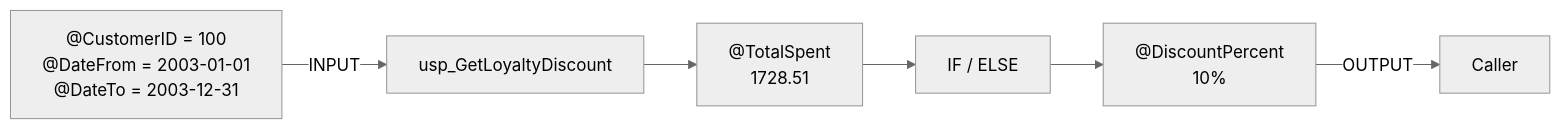
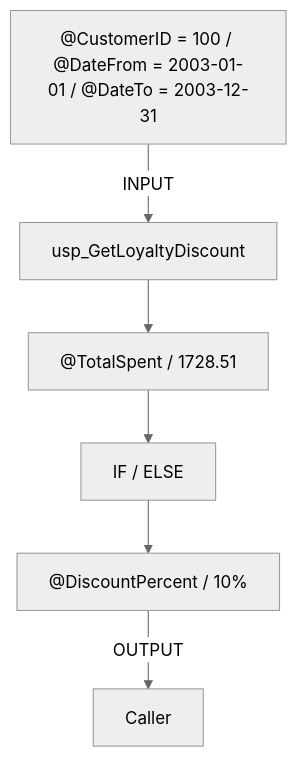
The tenth of 12 diagrams in labs/lab03-stored-procedures.md (tjovic/database-design-labs-public), drawn with Mermaid (neutral theme) before and after one commit. The commit also changed other lines of this file, not shown here.

````diff
--- a/labs/lab03-stored-procedures.md
+++ b/labs/lab03-stored-procedures.md
@@ -1090,8 +1105,8 @@
 ```mermaid
-flowchart LR
-    A["@CustomerID = 100<br/>@DateFrom = 2003-01-01<br/>@DateTo = 2003-12-31"] -->|"INPUT"| B["usp_GetLoyaltyDiscount"]
-    B --> C["@TotalSpent<br/>1728.51"]
+flowchart TD
+    A["@CustomerID = 100 / @DateFrom = 2003-01-01 / @DateTo = 2003-12-31"] -->|"INPUT"| B["usp_GetLoyaltyDiscount"]
+    B --> C["@TotalSpent / 1728.51"]
     C --> D["IF / ELSE"]
-    D --> E["@DiscountPercent<br/>10%"]
+    D --> E["@DiscountPercent / 10%"]
     E -->|"OUTPUT"| F["Caller"]
 ```
````
